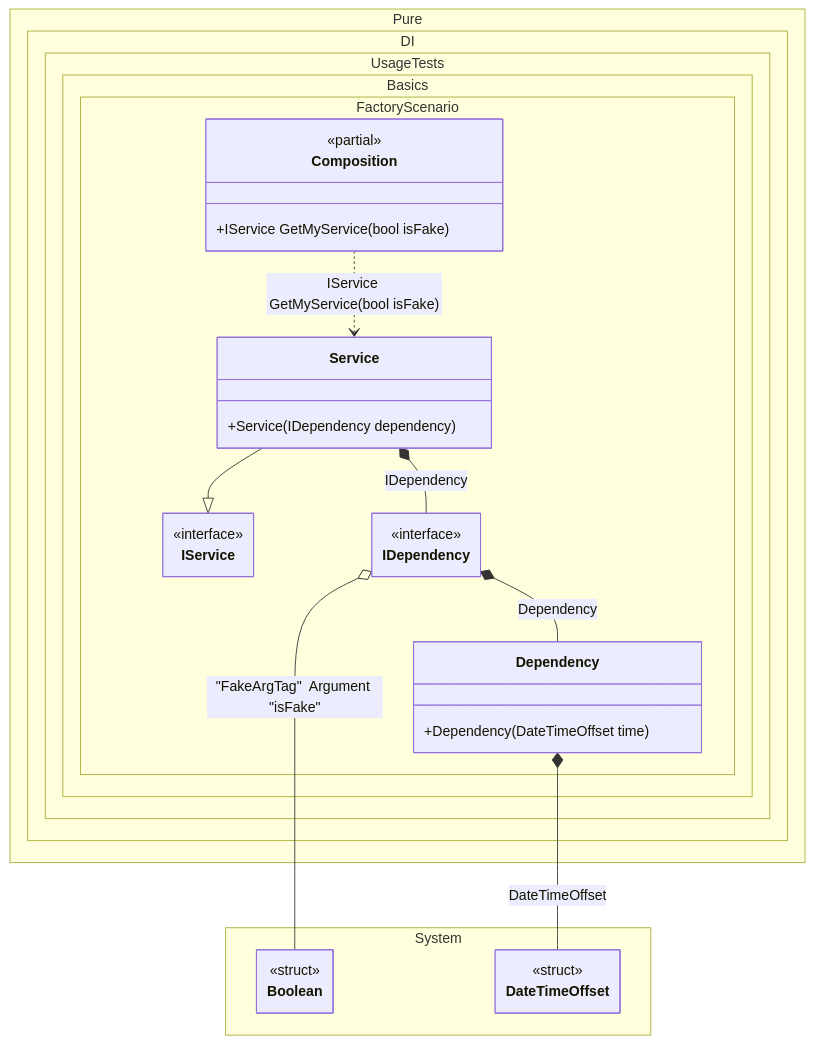
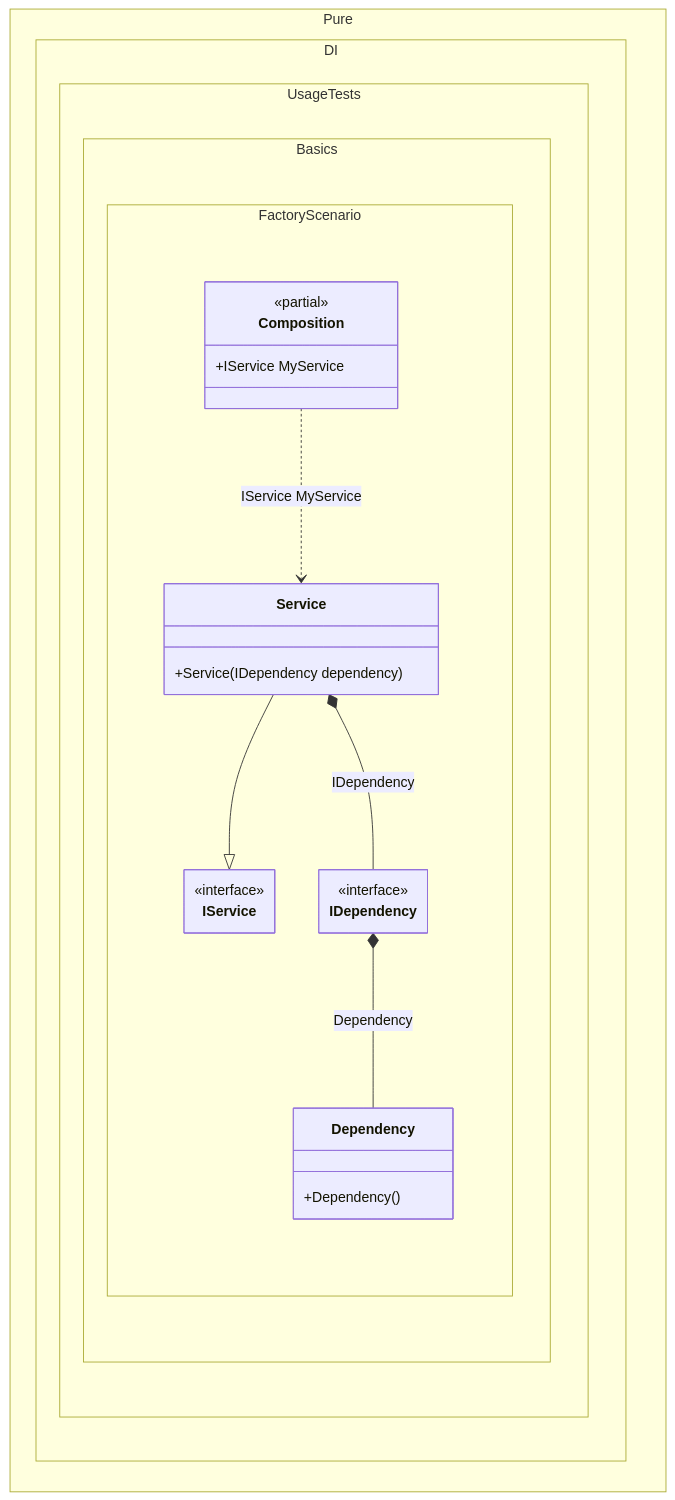
One commit to DevTeam/Pure.DI changed the diagram in readme/factory.md. Above: the diagram before and after it, drawn with Mermaid. The commit also changed other lines of this file and 41 other files, not shown here.

````diff
--- a/readme/factory.md
+++ b/readme/factory.md
@@ -162,40 +121,30 @@
 ```mermaid
 ---
  config:
   class:
    hideEmptyMembersBox: true
 ---
 classDiagram
 	Service --|> IService
-	Composition ..> Service : IService GetMyService(bool isFake)
-	IDependency o-- Boolean : "FakeArgTag"  Argument "isFake"
+	Composition ..> Service : IService MyService
 	IDependency *--  Dependency : Dependency
 	Service *--  IDependency : IDependency
-	Dependency *--  DateTimeOffset : DateTimeOffset
 	namespace Pure.DI.UsageTests.Basics.FactoryScenario {
 		class Composition {
 		<<partial>>
-		+IService GetMyService(bool isFake)
+		+IService MyService
 		}
 		class Dependency {
-			+Dependency(DateTimeOffset time)
+			+Dependency()
 		}
 		class IDependency {
 				<<interface>>
 		}
 		class IService {
 			<<interface>>
 		}
 		class Service {
 			+Service(IDependency dependency)
 		}
 	}
-	namespace System {
-		class Boolean {
-				<<struct>>
-		}
-		class DateTimeOffset {
-				<<struct>>
-		}
-	}
 ```
````
